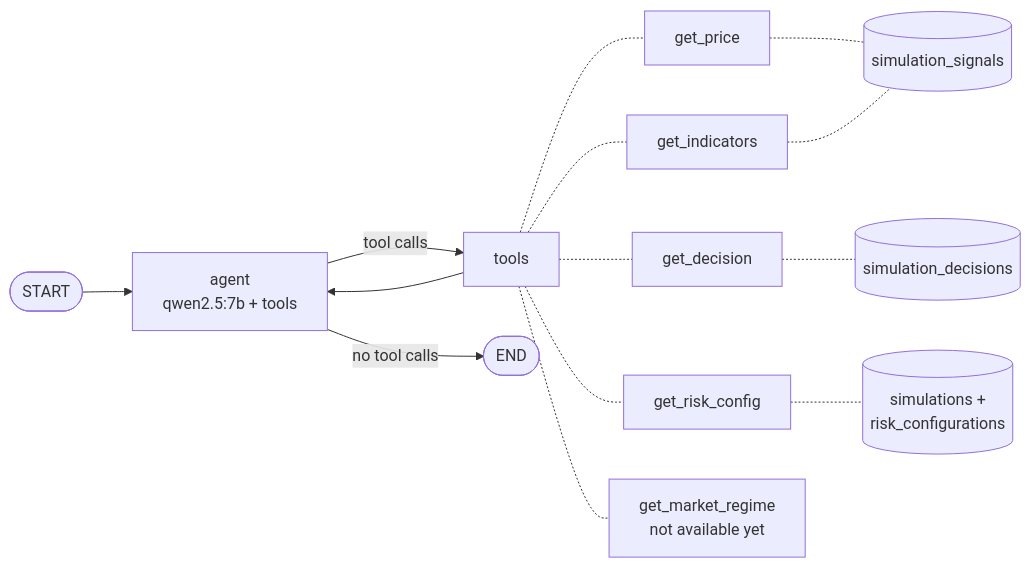
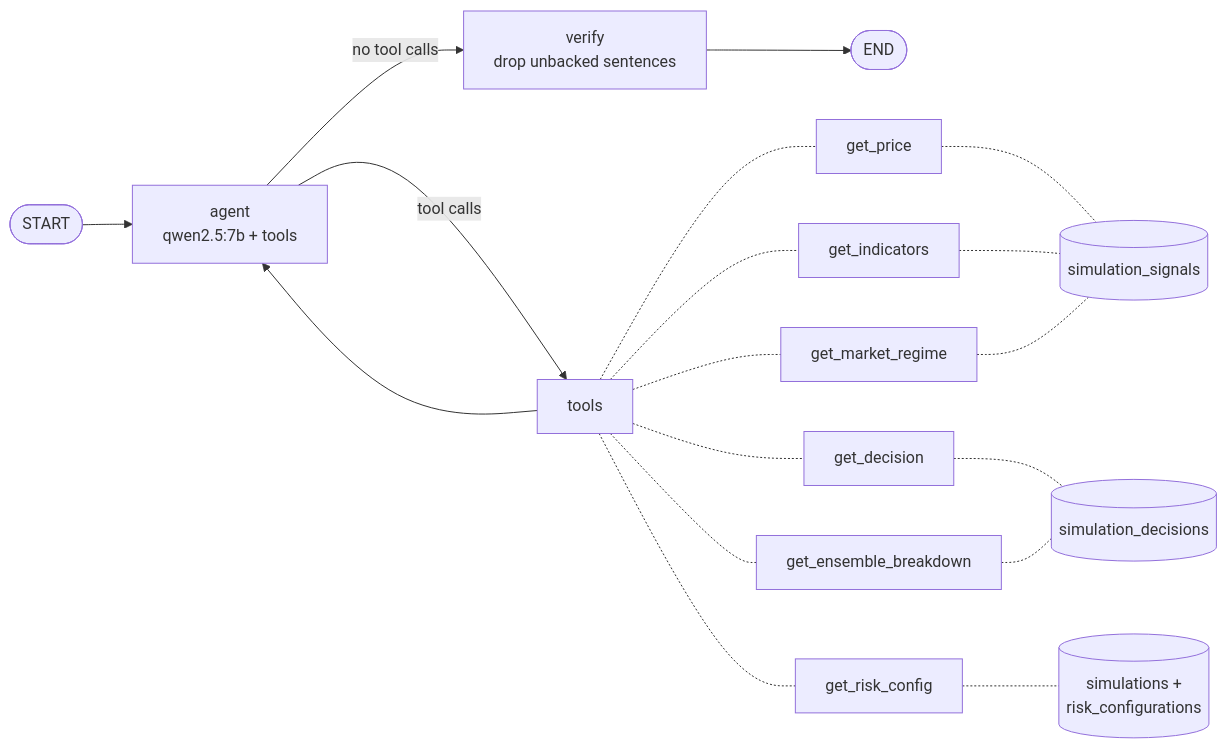
Before and after one commit to CardozoEIA/trading_simulator: the second of 9 diagrams in docs/agents.md, drawn with Mermaid. The commit also changed other lines of this file and 86 other files, not shown here.

First line of the commit message:
feat: custom strategies, market regimes, ensemble and agent traceability (US-21, US-23, US-24, US-31)

````diff
--- a/docs/agents.md
+++ b/docs/agents.md
@@ -54,12 +56,12 @@
 ```mermaid
 flowchart LR
     S([START]) --> A[agent<br/>qwen2.5:7b + tools]
     A -->|tool calls| T[tools]
     T --> A
-    A -->|no tool calls| E([END])
+    A -->|no tool calls| V[verify<br/>drop unbacked sentences]
+    V --> E([END])
 
-    T -.- t1[get_price] & t3[get_indicators] -.- d1[(simulation_signals)]
-    T -.- t2[get_decision] -.- d2[(simulation_decisions)]
+    T -.- t1[get_price] & t3[get_indicators] & t5[get_market_regime] -.- d1[(simulation_signals)]
+    T -.- t2[get_decision] & t6[get_ensemble_breakdown] -.- d2[(simulation_decisions)]
     T -.- t4[get_risk_config] -.- d3[(simulations +<br/>risk_configurations)]
-    T -.- t5[get_market_regime<br/>not available yet]
 ```
````
